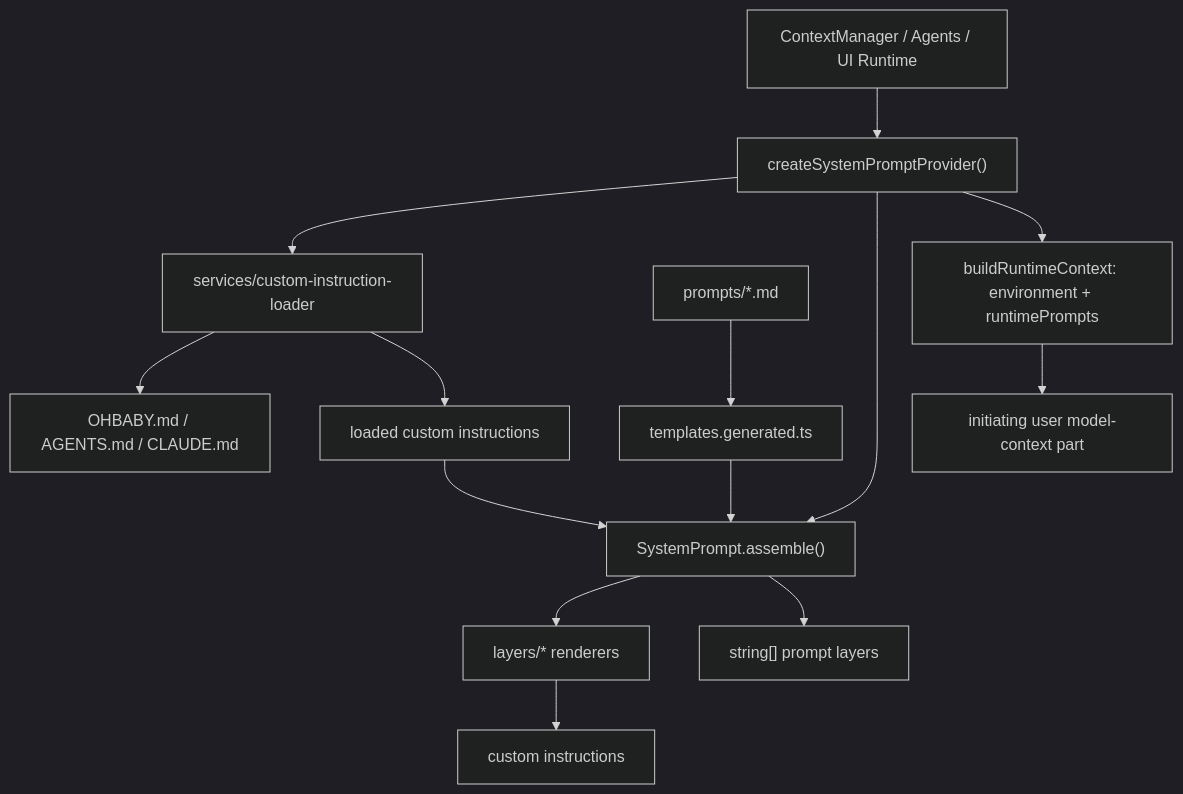
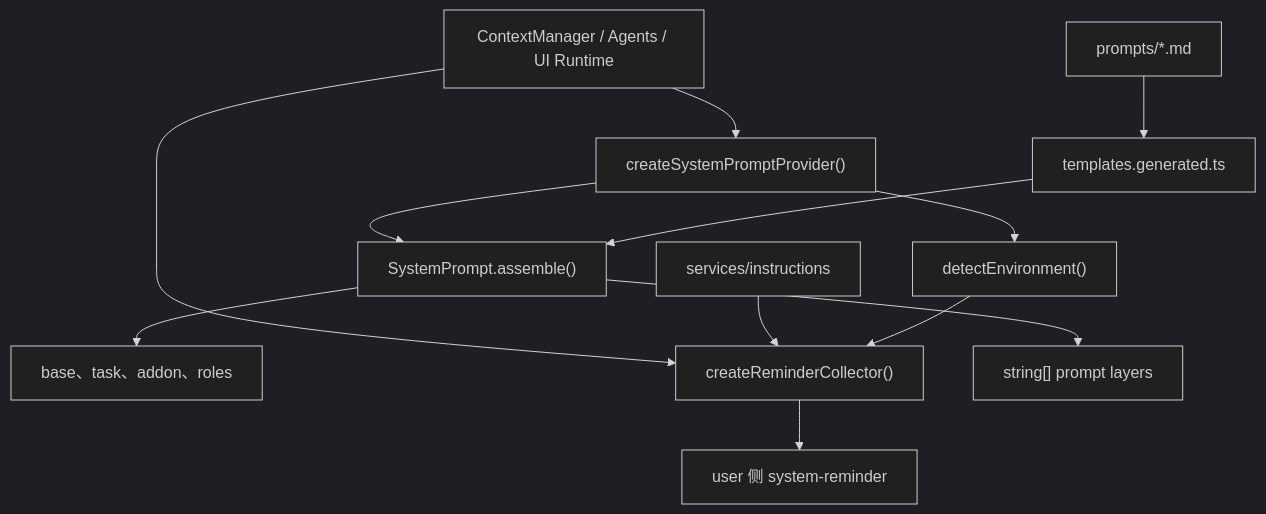
The diagram in docs/core/system-prompt/architecture.md (diverHansun/ohbaby-agent), drawn with Mermaid (dark theme) before and after one commit. The commit also changed other lines of this file and 59 other files, not shown here.

Commit message:
feat: deliver project and global instructions as scoped reminders

````diff
--- a/docs/core/system-prompt/architecture.md
+++ b/docs/core/system-prompt/architecture.md
@@ -11,16 +11,14 @@
 ```mermaid
 flowchart TD
   caller["ContextManager / Agents / UI Runtime"] --> provider["createSystemPromptProvider()"]
-  provider --> loader["services/custom-instruction-loader"]
-  loader --> files["OHBABY.md / AGENTS.md / CLAUDE.md"]
-  loader --> customData["loaded custom instructions"]
   provider --> assembler["SystemPrompt.assemble()"]
-  customData --> assembler
   prompts["prompts/*.md"] --> generated["templates.generated.ts"]
   generated --> assembler
-  assembler --> layers["layers/* renderers"]
-  provider --> runtime["buildRuntimeContext: environment + runtimePrompts"]
-  runtime --> initiating["initiating user model-context part"]
-  layers --> custom["custom instructions"]
+  assembler --> layers["base、task、addon、roles"]
+  caller --> reminders["createReminderCollector()"]
+  instructions["services/instructions"] --> reminders
+  provider --> environment["detectEnvironment()"]
+  environment --> reminders
+  reminders --> history["user 侧 system-reminder"]
   assembler --> output["string[] prompt layers"]
 ```
````
